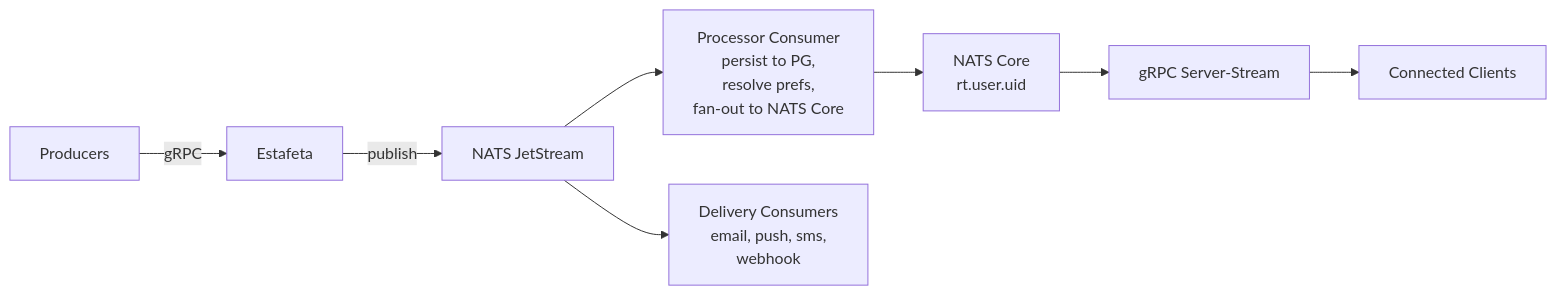
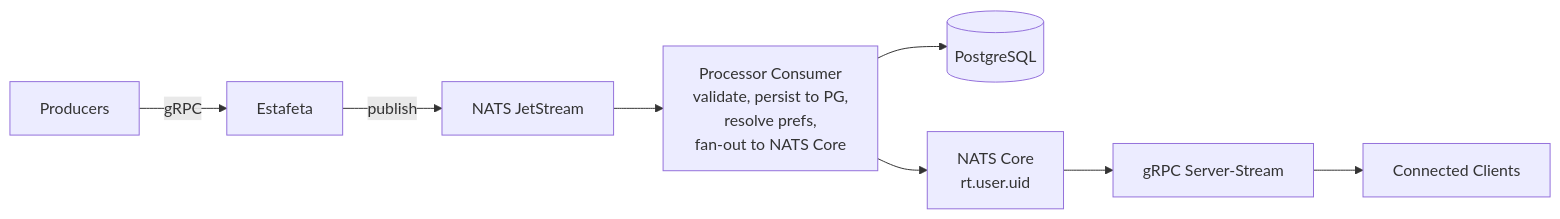
One commit to sunbeamdotpt/estafeta changed the diagram in README.md. Above: the diagram before and after it, drawn with Mermaid. The commit also changed other lines of this file and 20 other files, not shown here.

````diff
--- a/README.md
+++ b/README.md
@@ -15,10 +18,10 @@
 ```mermaid
 graph LR
     Producers -->|gRPC| Estafeta
     Estafeta -->|publish| JS[NATS JetStream]
-    JS --> Processor[Processor Consumer<br>persist to PG,<br>resolve prefs,<br>fan-out to NATS Core]
-    JS --> Delivery[Delivery Consumers<br>email, push, sms,<br>webhook]
+    JS --> Processor[Processor Consumer<br>validate, persist to PG,<br>resolve prefs,<br>fan-out to NATS Core]
+    Processor --> PG[(PostgreSQL)]
     Processor --> NC[NATS Core<br>rt.user.uid]
     NC --> Stream[gRPC Server-Stream]
     Stream --> Clients[Connected Clients]
 ```
````
